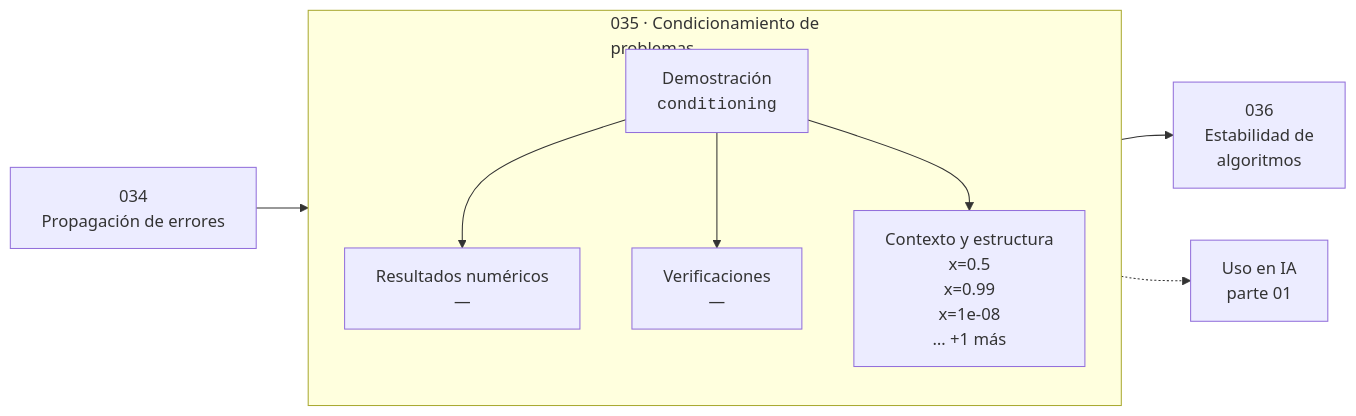
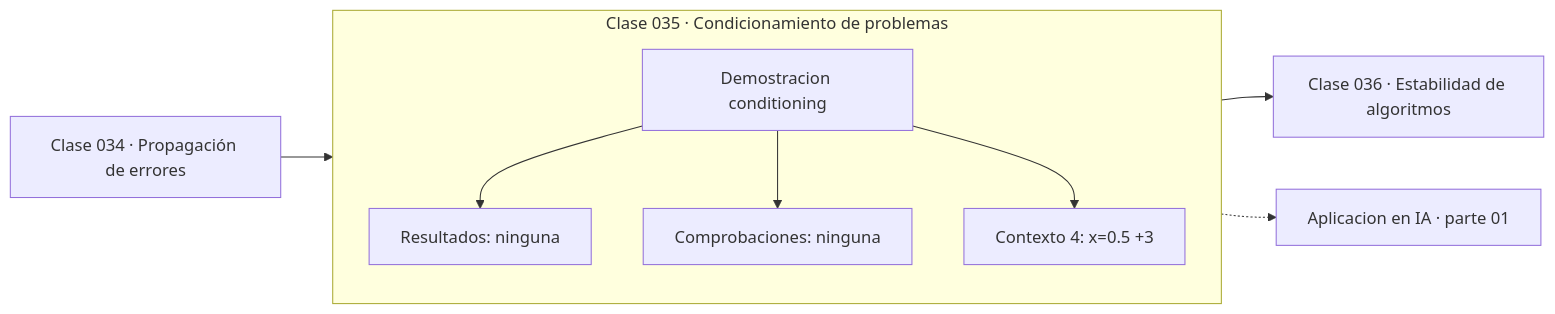
The diagram in classes/part-01-aritmetica-computacional-y-representacion-numerica/035-condicionamiento-de-problemas/README.md (vladimiracunadev-create/computational-mathematics-program), drawn with Mermaid before and after one commit. The commit also changed 389 other files, not shown here.

First line of the commit message:
fix(diagramas): elimina el HTML de las etiquetas Mermaid

````diff
--- a/classes/part-01-aritmetica-computacional-y-representacion-numerica/035-condicionamiento-de-problemas/README.md
+++ b/classes/part-01-aritmetica-computacional-y-representacion-numerica/035-condicionamiento-de-problemas/README.md
@@ -35,12 +35,13 @@
 ```mermaid
 flowchart LR
-    P["034<br/>Propagación de errores"] --> C
-    subgraph C["035 · Condicionamiento de<br/>problemas"]
+    P["Clase 034 · Propagación de errores"] --> D
+    subgraph CLASE["Clase 035 · Condicionamiento de problemas"]
         direction TB
-        D["Demostración<br/><code>conditioning</code>"] --> R["Resultados numéricos<br/>—"]
-        D --> V["Verificaciones<br/>—"]
-        D --> O["Contexto y estructura<br/>x=0.5<br/>x=0.99<br/>x=1e-08<br/>… +1 más"]
+        D["Demostracion conditioning"]
+        D --> R["Resultados: ninguna"]
+        D --> V["Comprobaciones: ninguna"]
+        D --> O["Contexto 4: x=0.5 +3"]
     end
-    C --> N["036<br/>Estabilidad de<br/>algoritmos"]
-    C -.-> IA["Uso en IA<br/>parte 01"]
+    R --> N["Clase 036 · Estabilidad de algoritmos"]
+    V -.-> IA["Aplicacion en IA · parte 01"]
 ```
````
